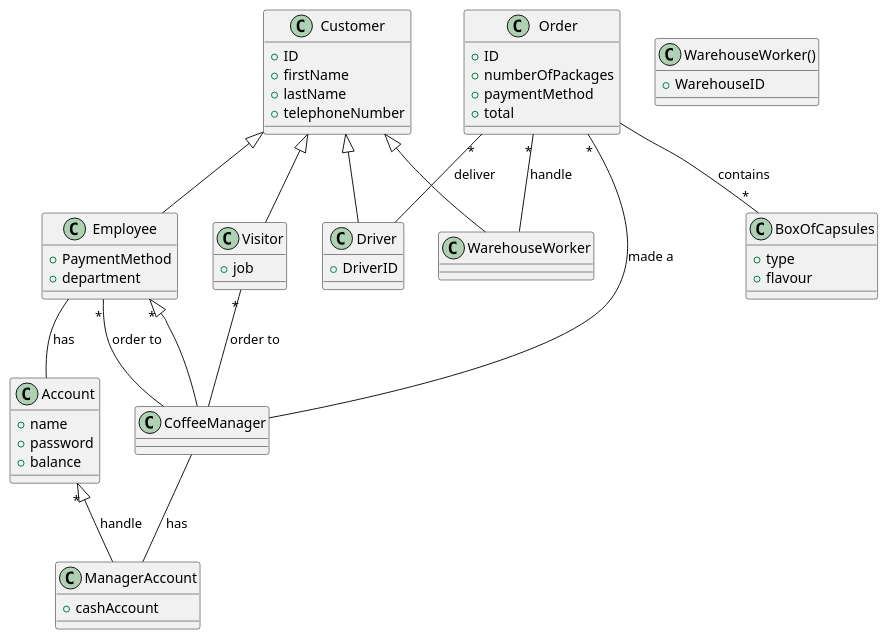
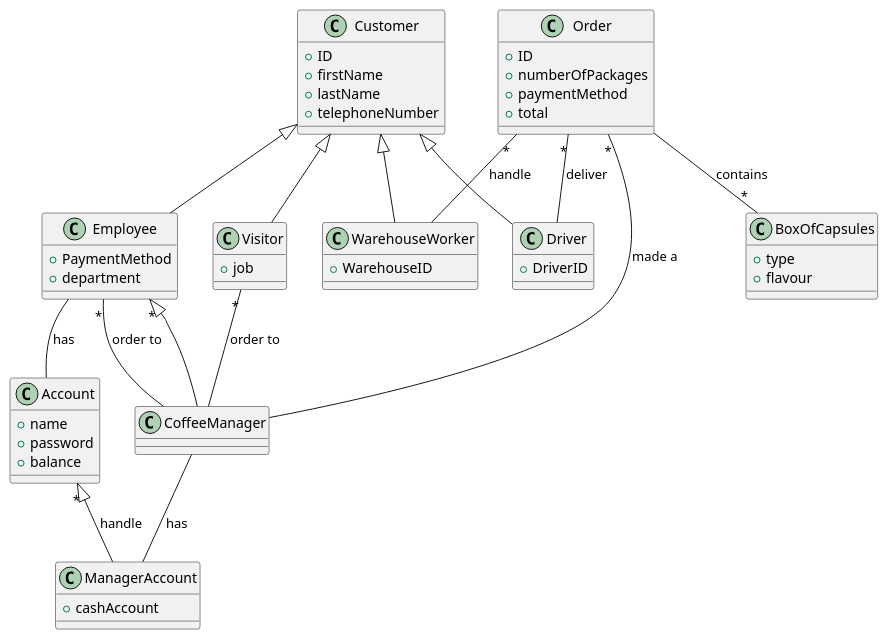
The third of 4 diagrams in templates/RequirementsTemplate.md (salvatore-dimartino/LaTazza), drawn with PlantUML before and after one commit.

````diff
--- a/templates/RequirementsTemplate.md
+++ b/templates/RequirementsTemplate.md
@@ -493,74 +493,74 @@
 ```plantuml
 @startuml
 
 class Customer {
     +ID
 	+firstName
 	+lastName
 	+telephoneNumber
 }
 
 class Employee {
     
     +PaymentMethod
     +department
 }
 
-class WarehouseWorker(){
+class WarehouseWorker{
     +WarehouseID
 }
 
 class Visitor {
 
     +job
 }
 
 class CoffeeManager {
 
 }
 
 class BoxOfCapsules {
 
 	+type
 	+flavour
 }
 
 class Account {
 
 	+name
 	+password
 	+balance
 }
 
 class Order {
 
 	+ID
 	+numberOfPackages
 	+paymentMethod
 	+total
 }
 
 class ManagerAccount {
     +cashAccount
 }
 
 class Driver {
     +DriverID
 }
 
 Order "*" -- WarehouseWorker :handle
 Order "*" -- Driver :deliver
 Customer <|-- Employee
 Customer <|-- Visitor
 Customer <|-- Driver
 Customer <|-- WarehouseWorker
 Account "*" <|-- ManagerAccount :handle
 Employee "*" <|-- CoffeeManager
 Employee "*"-- CoffeeManager : order to
 Order "*" -- CoffeeManager : made a
 Visitor "*" -- CoffeeManager : order to
 Order -- "*" BoxOfCapsules : contains
 Employee -- Account : has
 CoffeeManager -- ManagerAccount :has
 @enduml
 ```
````
